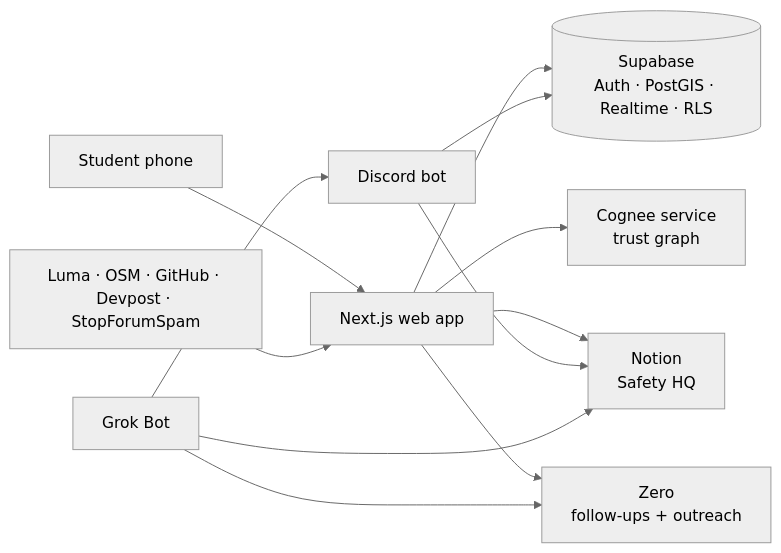
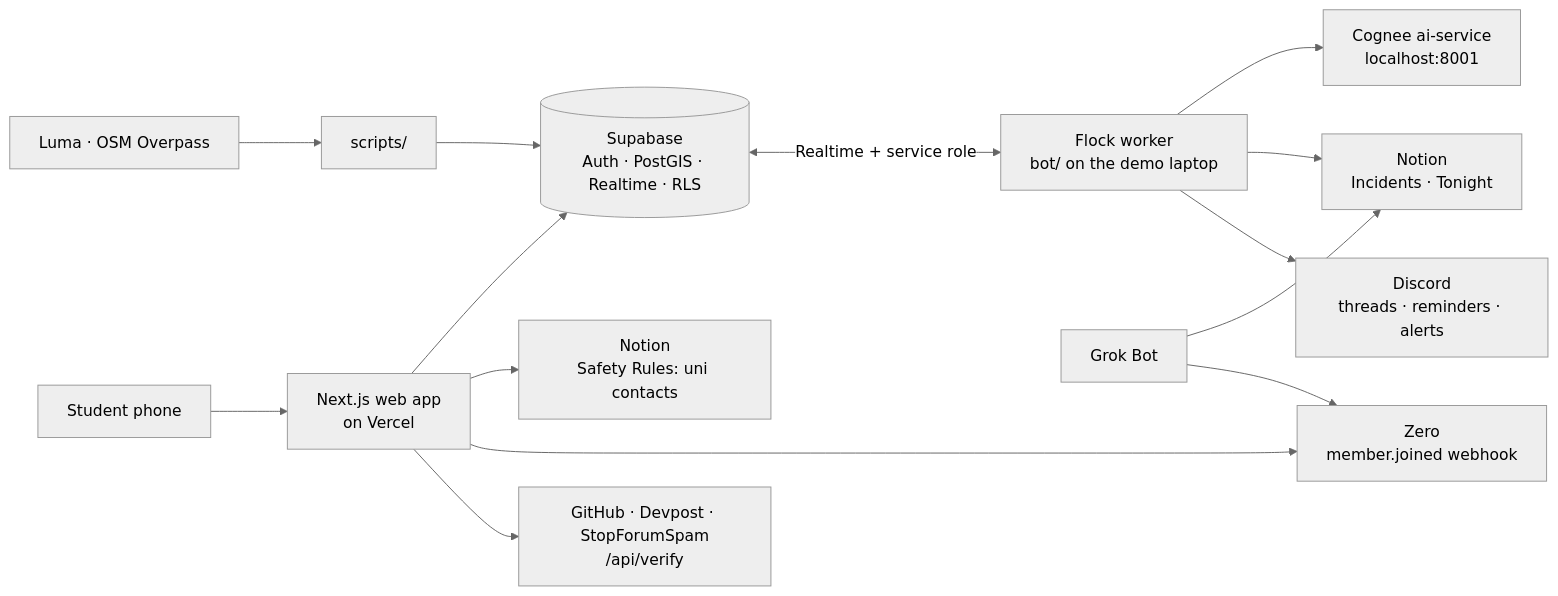
Before and after one commit to wonseok522/flock: the diagram in README.md, drawn with Mermaid (neutral theme). The commit also changed other lines of this file and 35 other files, not shown here.

First line of the commit message:
[claude-code] E2E-tested app, fixes, seed scripts, setup docs

````diff
--- a/README.md
+++ b/README.md
@@ -64,14 +64,15 @@
 ```mermaid
 flowchart LR
-  U[Student phone] --> W[Next.js web app]
+  U[Student phone] --> W[Next.js web app<br/>on Vercel]
   W --> S[(Supabase<br/>Auth · PostGIS · Realtime · RLS)]
-  W --> C[Cognee service<br/>trust graph]
-  W --> N[Notion<br/>Safety HQ]
-  W --> Z[Zero<br/>follow-ups + outreach]
-  B[Discord bot] --> S
-  B --> N
+  W --> N1[Notion<br/>Safety Rules: uni contacts]
+  W --> Z[Zero<br/>member.joined webhook]
+  W --> V[GitHub · Devpost · StopForumSpam<br/>/api/verify]
+  S <-->|Realtime + service role| K[Flock worker<br/>bot/ on the demo laptop]
+  K --> C[Cognee ai-service<br/>localhost:8001]
+  K --> N[Notion<br/>Incidents · Tonight]
+  K --> D[Discord<br/>threads · reminders · alerts]
   G[Grok Bot] --> N
   G --> Z
-  G --> B
-  L[Luma · OSM · GitHub · Devpost · StopForumSpam] --> W
+  L[Luma · OSM Overpass] --> X[scripts/] --> S
 ```
````
